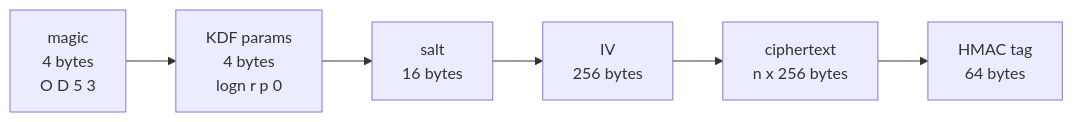
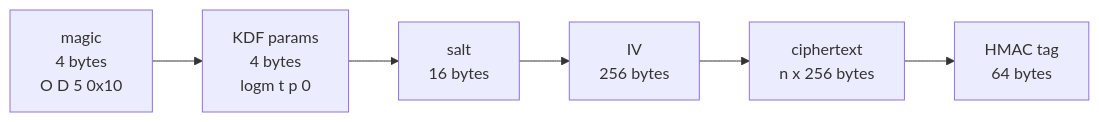
One commit to avw1ein/sillydes changed the eighth of 10 diagrams in STRUCTURE.md. Above: the diagram before and after it, drawn with Mermaid. The commit also changed other lines of this file and 20 other files, not shown here.

````diff
--- a/STRUCTURE.md
+++ b/STRUCTURE.md
@@ -313,4 +311,4 @@
 ```mermaid
 flowchart LR
-    A["magic<br/>4 bytes<br/>O D 5 3"] --> B["KDF params<br/>4 bytes<br/>logn r p 0"] --> C["salt<br/>16 bytes"] --> D["IV<br/>256 bytes"] --> E["ciphertext<br/>n x 256 bytes"] --> F["HMAC tag<br/>64 bytes"]
+    A["magic<br/>4 bytes<br/>O D 5 0x10"] --> B["KDF params<br/>4 bytes<br/>logm t p 0"] --> C["salt<br/>16 bytes"] --> D["IV<br/>256 bytes"] --> E["ciphertext<br/>n x 256 bytes"] --> F["HMAC tag<br/>64 bytes"]
 ```
````
